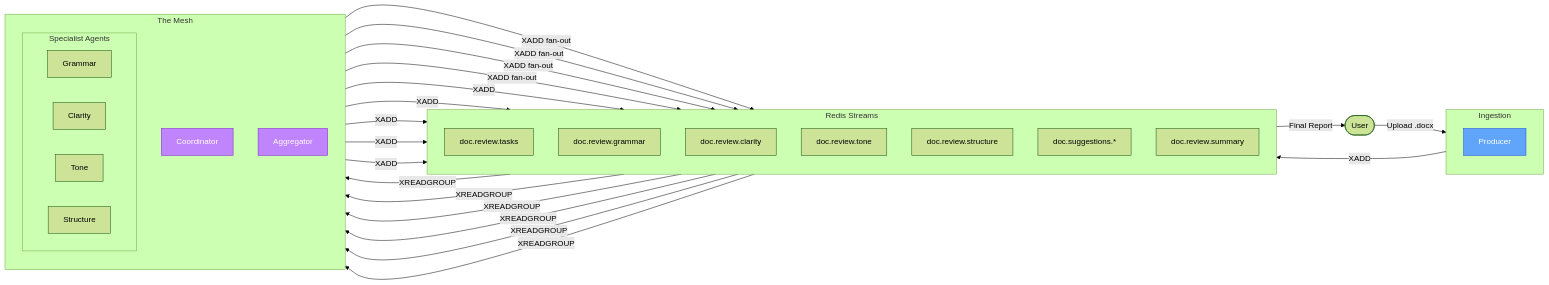
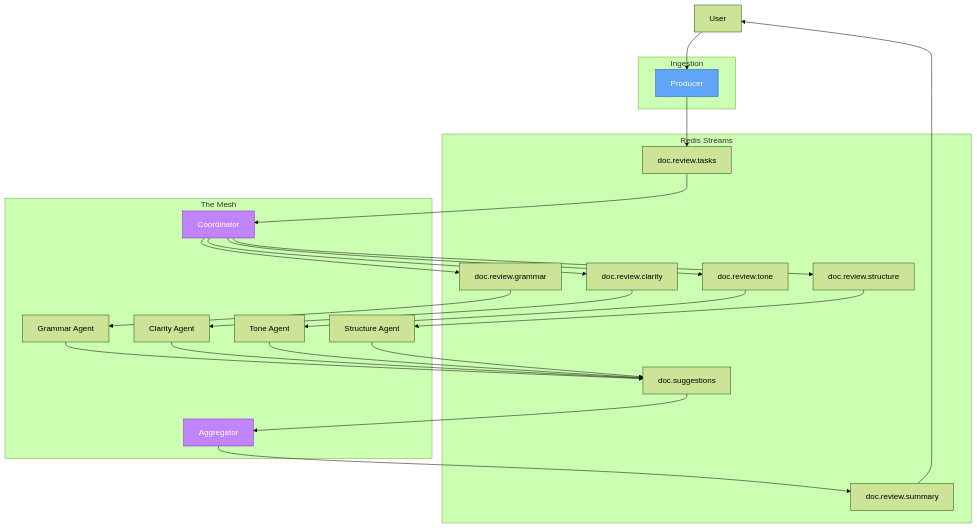
Before and after one commit to mehdi-mirzapour/agentic-mesh-tutorial: the diagram in README.md, drawn with Mermaid (forest theme).

Commit message:
fix: simplify Mermaid diagram for GitHub 8.8.0 compatibility

````diff
--- a/README.md
+++ b/README.md
@@ -26,56 +26,57 @@
 ```mermaid
-graph LR
-    user([User])
+graph TD
+    User[User]
+    Producer[Producer]
+    Coordinator[Coordinator]
+    Grammar[Grammar Agent]
+    Clarity[Clarity Agent]
+    Tone[Tone Agent]
+    Structure[Structure Agent]
+    Aggregator[Aggregator]
 
-    subgraph sg_ingest [Ingestion]
-        direction TB
-        producer[Producer]
+    subgraph Ingestion
+        Producer
     end
 
-    subgraph sg_redis [Redis Streams]
-        direction TB
-        s_tasks["doc.review.tasks"]
-        s_gram["doc.review.grammar"]
-        s_clar["doc.review.clarity"]
-        s_tone["doc.review.tone"]
-        s_struct["doc.review.structure"]
-        s_results["doc.suggestions.*"]
-        s_summary["doc.review.summary"]
+    subgraph Redis Streams
+        T1[doc.review.tasks]
+        T2[doc.review.grammar]
+        T3[doc.review.clarity]
+        T4[doc.review.tone]
+        T5[doc.review.structure]
+        T6[doc.suggestions]
+        T7[doc.review.summary]
     end
 
-    subgraph sg_mesh [The Mesh]
-        direction TB
-        coord[Coordinator]
-        subgraph sg_specialists [Specialist Agents]
-            direction LR
-            grammar[Grammar]
-            clarity[Clarity]
-            tone[Tone]
-            structure[Structure]
-        end
-        agg[Aggregator]
+    subgraph The Mesh
+        Coordinator
+        Grammar
+        Clarity
+        Tone
+        Structure
+        Aggregator
     end
 
-    user -->|"Upload .docx"| producer
-    producer -->|"XADD"| s_tasks
-    s_tasks -->|"XREADGROUP"| coord
-    coord -->|"XADD fan-out"| s_gram
-    coord -->|"XADD fan-out"| s_clar
-    coord -->|"XADD fan-out"| s_tone
-    coord -->|"XADD fan-out"| s_struct
-    s_gram -->|"XREADGROUP"| grammar
-    s_clar -->|"XREADGROUP"| clarity
-    s_tone -->|"XREADGROUP"| tone
-    s_struct -->|"XREADGROUP"| structure
-    grammar -->|"XADD"| s_results
-    clarity -->|"XADD"| s_results
-    tone -->|"XADD"| s_results
-    structure -->|"XADD"| s_results
-    s_results -->|"XREADGROUP"| agg
-    agg -->|"XADD"| s_summary
-    s_summary -->|"Final Report"| user
+    User --> Producer
+    Producer --> T1
+    T1 --> Coordinator
+    Coordinator --> T2
+    Coordinator --> T3
+    Coordinator --> T4
+    Coordinator --> T5
+    T2 --> Grammar
+    T3 --> Clarity
+    T4 --> Tone
+    T5 --> Structure
+    Grammar --> T6
+    Clarity --> T6
+    Tone --> T6
+    Structure --> T6
+    T6 --> Aggregator
+    Aggregator --> T7
+    T7 --> User
 
-    style coord fill:#c084fc,stroke:#7e22ce,color:#fff
-    style agg fill:#c084fc,stroke:#7e22ce,color:#fff
-    style producer fill:#60a5fa,stroke:#1d4ed8,color:#fff
+    style Coordinator fill:#c084fc,stroke:#7e22ce,color:#fff
+    style Aggregator fill:#c084fc,stroke:#7e22ce,color:#fff
+    style Producer fill:#60a5fa,stroke:#1d4ed8,color:#fff
 ```
````
